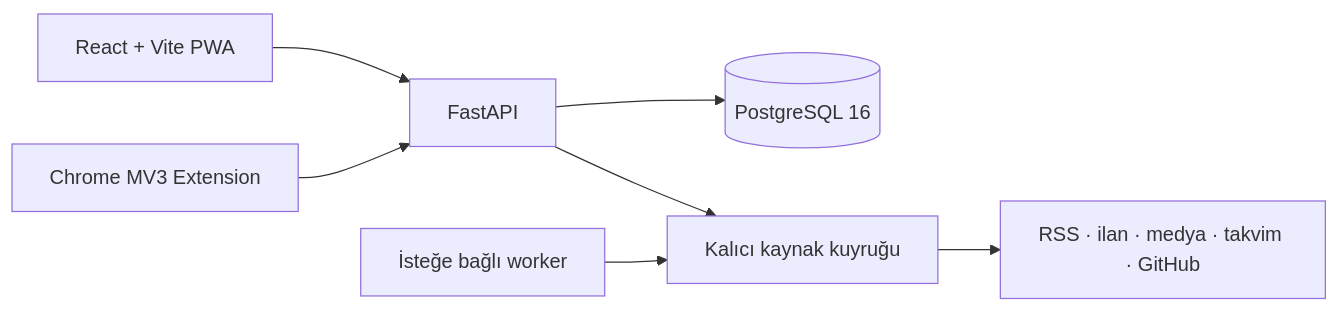
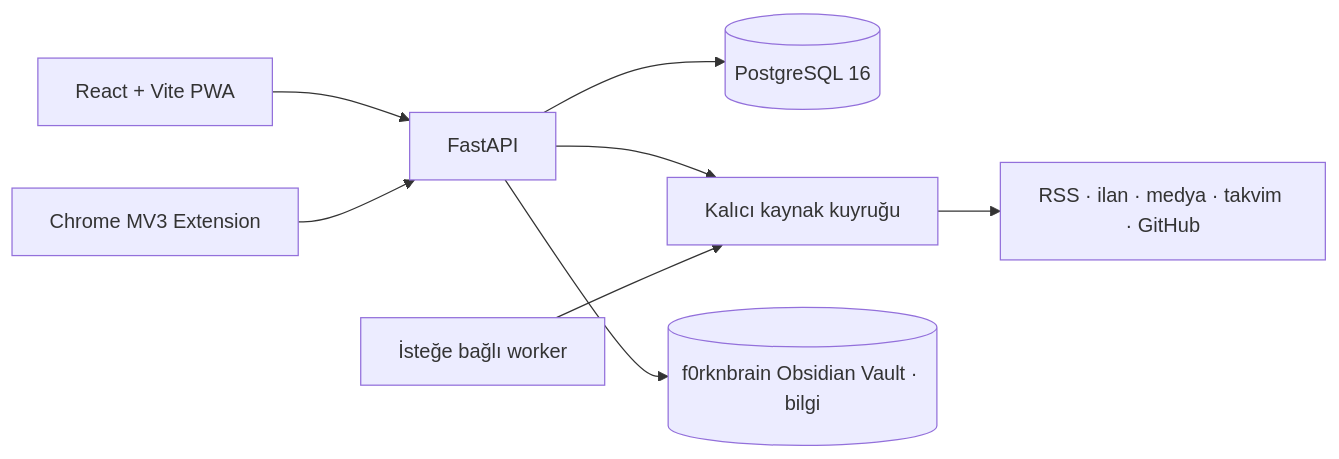
One commit to f0rknturkoglu/forkOS changed the diagram in README.md. Above: the diagram before and after it, drawn with Mermaid. The commit also changed other lines of this file and 7 other files, not shown here.

````diff
--- a/README.md
+++ b/README.md
@@ -36,9 +36,10 @@
 ```mermaid
 flowchart LR
     Browser[React + Vite PWA] --> API[FastAPI]
     Extension[Chrome MV3 Extension] --> API
     API --> DB[(PostgreSQL 16)]
     API --> Queue[Kalıcı kaynak kuyruğu]
     Worker[İsteğe bağlı worker] --> Queue
     Queue --> Sources[RSS · ilan · medya · takvim · GitHub]
+    API --> Vault[(f0rknbrain Obsidian Vault · bilgi)]
 ```
````
